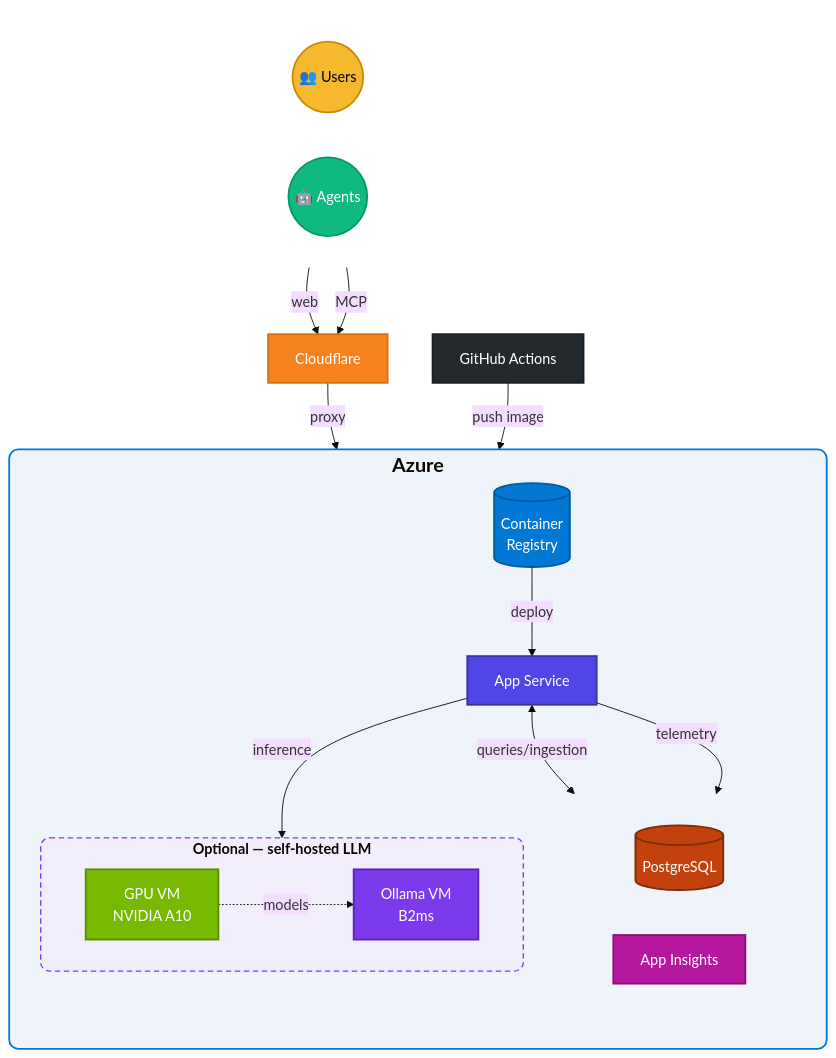
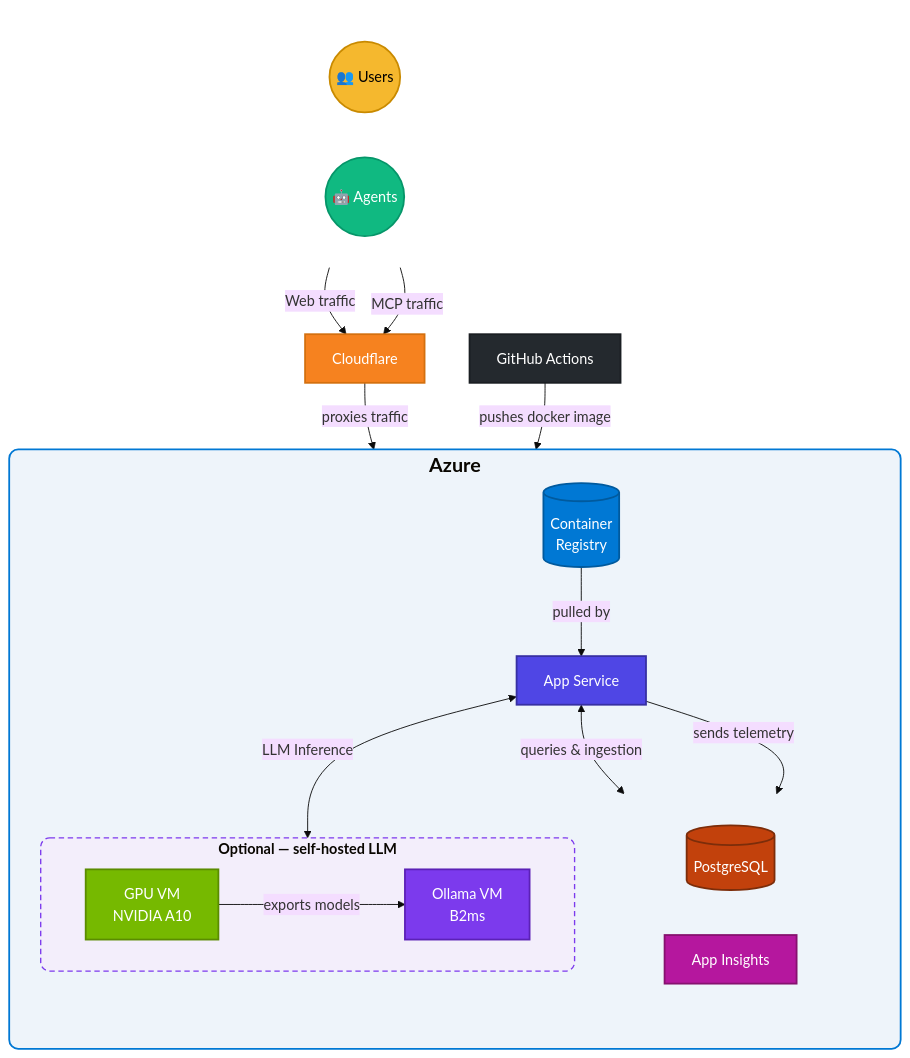
The first of 2 diagrams in README.md (atomassi/rbac-catalog), drawn with Mermaid (base theme) before and after one commit.

Commit message:
docs(readme): improve Mermaid diagram (#366)

````diff
--- a/README.md
+++ b/README.md
@@ -138,52 +138,58 @@
 ```mermaid
 flowchart TD
     subgraph Clients[" "]
         direction LR
         USER((👥 Users)):::user
         AI((🤖 Agents)):::ai
     end
     GH[GitHub Actions]:::github
     CDN[Cloudflare]:::cdn
     
     subgraph AZ ["<span style='font-size:22px;font-weight:bold'>Azure</span>"]
         direction TB
         CR[(Container<br/>Registry)]:::azure
         AS[App Service]:::appsvc
         subgraph DATA [" "]
             direction LR
             PG[(PostgreSQL)]:::db
             INSIGHTS[App Insights]:::monitor
         end
         subgraph OPT ["<span style='font-weight:bold'>Optional — self-hosted LLM</span>"]
             direction LR
             GPU[GPU VM<br/>NVIDIA A10]:::gpu
             OL[Ollama VM<br/>B2ms]:::ollama
         end
     end
     
-    USER -->|web| CDN
-    AI -->|MCP| CDN
-    CDN -->|proxy| AS
-    GH -->|push image| CR
-    CR -->|deploy| AS
-    AS <-->|queries/ingestion| PG
-    AS -->|telemetry| INSIGHTS
-    AS -->|inference| OL
-    GPU -.->|models| OL
+    %% Ingress Traffic
+    USER -->|Web traffic| CDN
+    AI -->|MCP traffic| CDN
+    CDN -->|proxies traffic| AS
     
+    %% CI/CD Pipeline
+    GH -->|pushes docker image| CR
+    CR -->|pulled by| AS
+    
+    %% Application Dependencies
+    AS <-->|queries & ingestion| PG
+    AS -->|sends telemetry| INSIGHTS
+    AS <-->|LLM Inference| OL
+
+    GPU -->|exports models| OL
+
     classDef user fill:#F5B82E,color:#000,stroke:#C98A00,stroke-width:2px
     classDef ai fill:#10B981,color:#fff,stroke:#059669,stroke-width:2px
     classDef github fill:#24292e,color:#fff,stroke:#1a1e22,stroke-width:2px
     classDef cdn fill:#F6821F,color:#fff,stroke:#d4700f,stroke-width:2px
     classDef azure fill:#0078D4,color:#fff,stroke:#005a9e,stroke-width:2px
     classDef appsvc fill:#4F46E5,color:#fff,stroke:#3730A3,stroke-width:2px
     classDef db fill:#C2410C,color:#fff,stroke:#7C2D0A,stroke-width:2px
     classDef ollama fill:#7C3AED,color:#fff,stroke:#5B21B6,stroke-width:2px
     classDef gpu fill:#76B900,color:#fff,stroke:#5a8c00,stroke-width:2px
     classDef monitor fill:#B5179E,color:#fff,stroke:#86116F,stroke-width:2px
     
     style AZ fill:#EEF4FA,stroke:#0078D4,stroke-width:2px,rx:10
     style DATA fill:none,stroke:none
     style OPT fill:#F3EEFB,stroke:#7C3AED,stroke-width:1.5px,stroke-dasharray:6 4,rx:10
     style Clients fill:none,stroke:none
 ```
````
